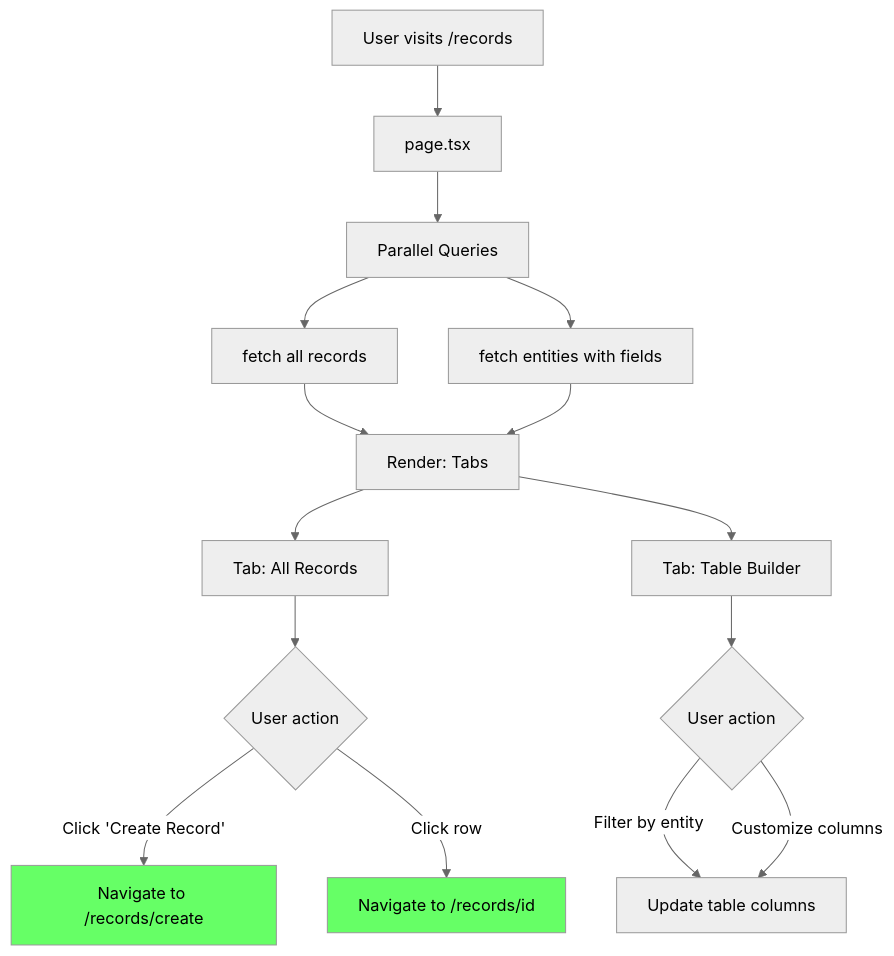
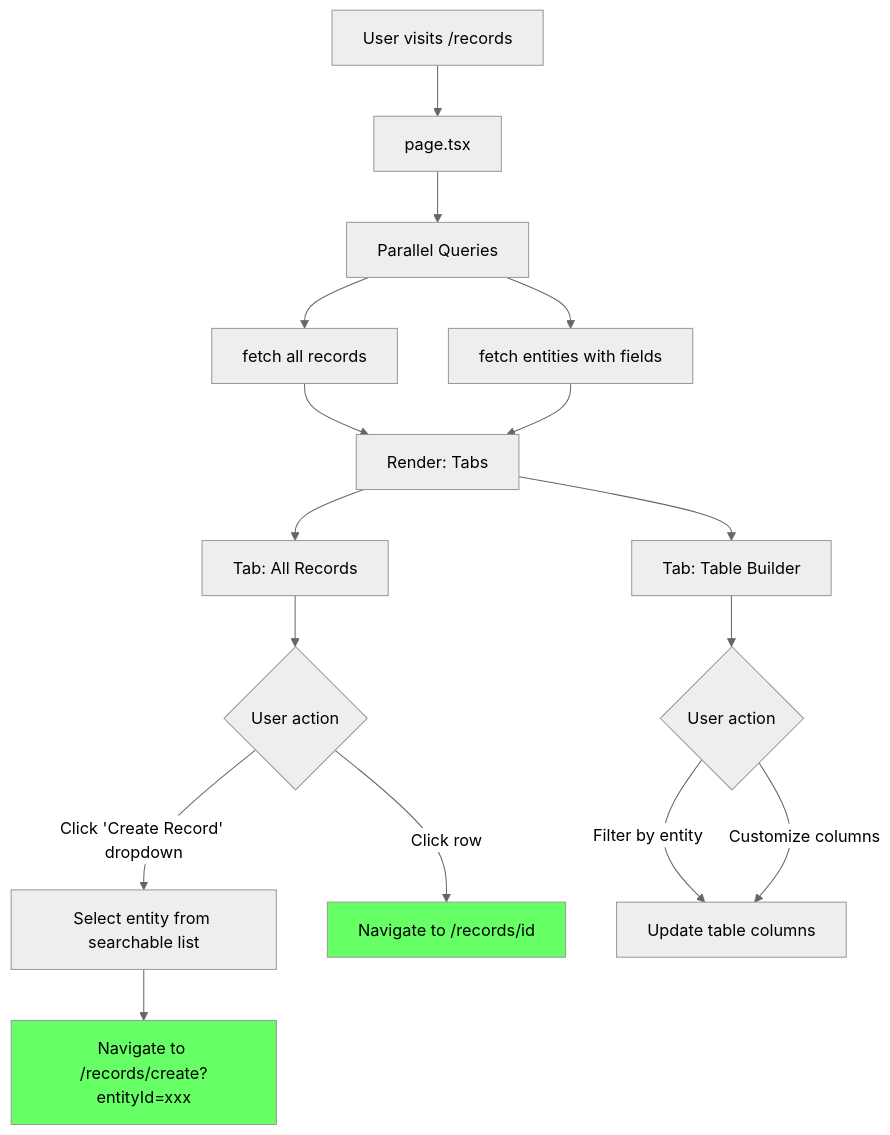
Before and after one commit to SinaTZ0/hut-resources-management-newleaf: the diagram in app/records/PAGE-FLOW.md, drawn with Mermaid (neutral theme). The commit also changed other lines of this file and 4 other files, not shown here.

Commit message:
feat: implement CreateRecordDropdown for creating a record instead of going to new page

````diff
--- a/app/records/PAGE-FLOW.md
+++ b/app/records/PAGE-FLOW.md
@@ -9,22 +9,23 @@
 ```mermaid
 flowchart TD
     A[User visits /records] --> B[page.tsx]
     B --> C[Parallel Queries]
     C --> D[fetch all records]
     C --> E[fetch entities with fields]
 
     D & E --> F[Render: Tabs]
     F --> G[Tab: All Records]
     F --> H[Tab: Table Builder]
 
     G --> I{User action}
-    I -->|Click 'Create Record'| J[Navigate to /records/create]
-    I -->|Click row| K[Navigate to /records/id]
+    I -->|Click 'Create Record' dropdown| J[Select entity from searchable list]
+    J --> K[Navigate to /records/create?entityId=xxx]
+    I -->|Click row| L[Navigate to /records/id]
 
-    H --> L{User action}
-    L -->|Filter by entity| M[Update table columns]
-    L -->|Customize columns| M
+    H --> M{User action}
+    M -->|Filter by entity| N[Update table columns]
+    M -->|Customize columns| N
 
-    style J fill:#6f6
     style K fill:#6f6
+    style L fill:#6f6
 ```
````
